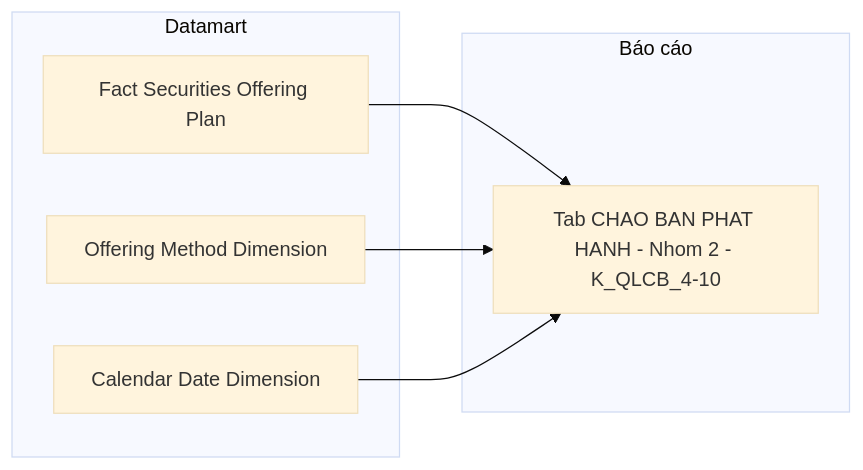
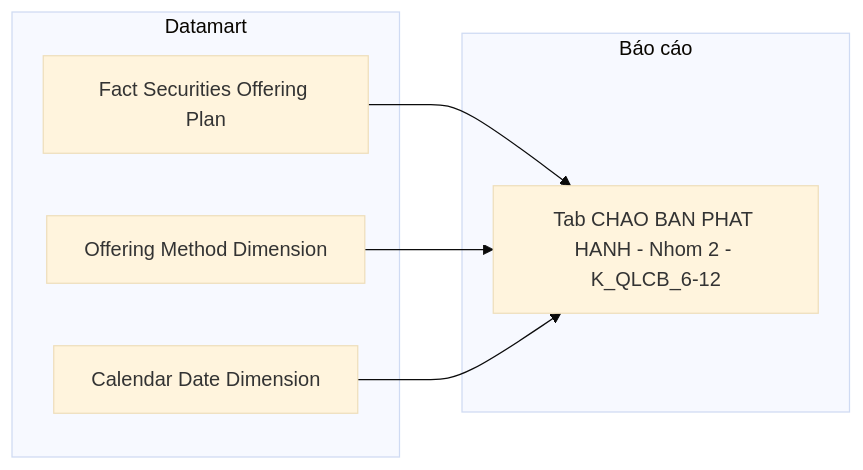
One commit to linhlvit/ubck_atomic_design changed the ninth of 22 diagrams in Datamart/hld/DTM_QLCB_HLD.md. Above: the diagram before and after it, drawn with Mermaid (base theme). The commit also changed other lines of this file and 17 other files, not shown here.

````diff
--- a/Datamart/hld/DTM_QLCB_HLD.md
+++ b/Datamart/hld/DTM_QLCB_HLD.md
@@ -358,14 +437,14 @@
 ```mermaid
 flowchart LR
     subgraph Datamart["Datamart"]
         G1["Fact Securities Offering Plan"]
         G3["Offering Method Dimension"]
         G4["Calendar Date Dimension"]
     end
     subgraph RPT["Báo cáo"]
-        R2["Tab CHAO BAN PHAT HANH - Nhom 2 - K_QLCB_4-10"]
+        R2["Tab CHAO BAN PHAT HANH - Nhom 2 - K_QLCB_6-12"]
     end
     G1 --> R2
     G3 --> R2
     G4 --> R2
 ```
````
